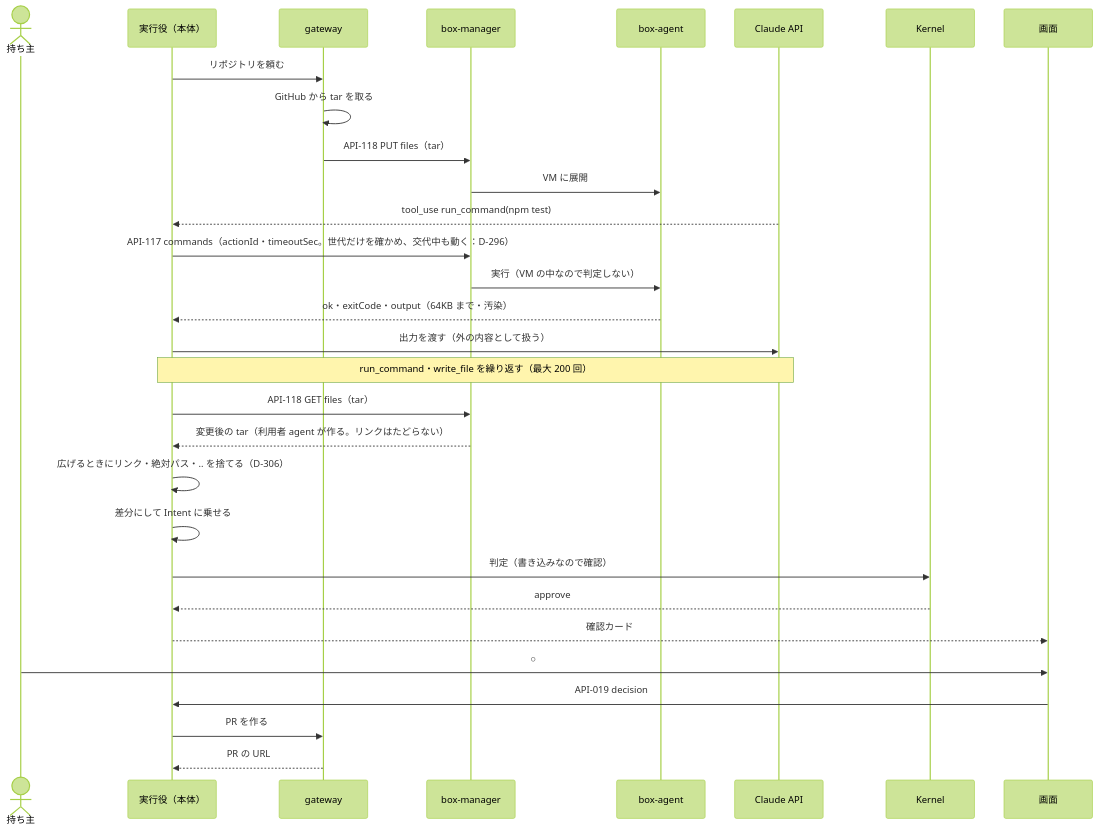
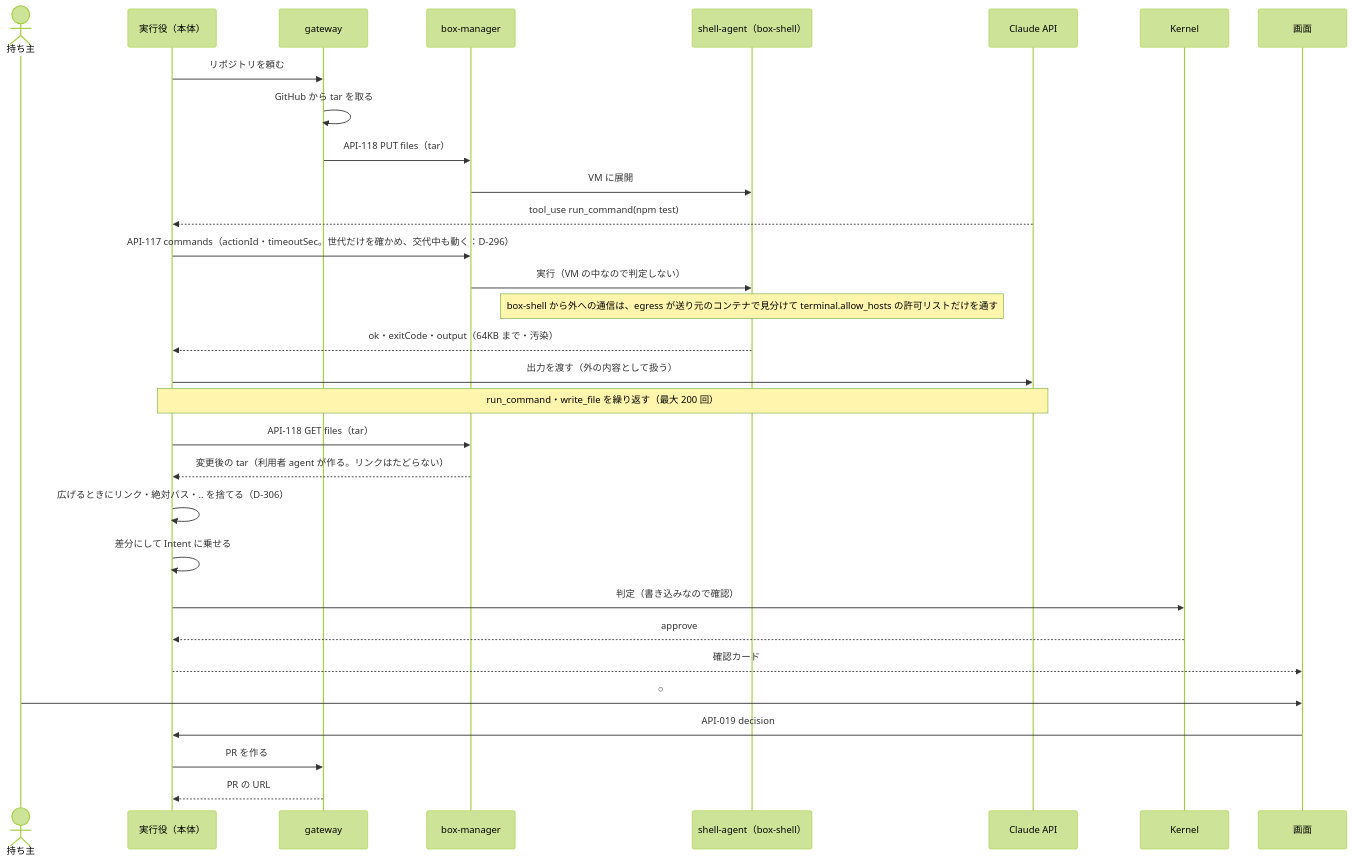
Diagram 11 of 13 in docs/design/10_diagrams/sequences.md (itiwoja/agent-team), drawn with Mermaid (forest theme) before and after one commit. The commit also changed other lines of this file and 34 other files, not shown here.

````diff
--- a/docs/design/10_diagrams/sequences.md
+++ b/docs/design/10_diagrams/sequences.md
@@ -279,32 +283,33 @@
 ```mermaid
 sequenceDiagram
  actor O as 持ち主
  participant R as 実行役（本体）
  participant G as gateway
  participant BM as box-manager
- participant B as box-agent
+ participant B as shell-agent（box-shell）
  participant C as Claude API
  participant K as Kernel
  participant W as 画面
  R->>G: リポジトリを頼む
  G->>G: GitHub から tar を取る
  G->>BM: API-118 PUT files（tar）
  BM->>B: VM に展開
  C-->>R: tool_use run_command(npm test)
  R->>BM: API-117 commands（actionId・timeoutSec。世代だけを確かめ、交代中も動く：D-296）
  BM->>B: 実行（VM の中なので判定しない）
+ Note over B: box-shell から外への通信は、egress が送り元のコンテナで見分けて terminal.allow_hosts の許可リストだけを通す
  B-->>R: ok・exitCode・output（64KB まで・汚染）
  R->>C: 出力を渡す（外の内容として扱う）
  Note over C,R: run_command・write_file を繰り返す（最大 200 回）
  R->>BM: API-118 GET files（tar）
  BM-->>R: 変更後の tar（利用者 agent が作る。リンクはたどらない）
  R->>R: 広げるときにリンク・絶対パス・.. を捨てる（D-306）
  R->>R: 差分にして Intent に乗せる
  R->>K: 判定（書き込みなので確認）
  K-->>R: approve
  R-->>W: 確認カード
  O->>W: ○
  W->>R: API-019 decision
  R->>G: PR を作る
  G-->>R: PR の URL
 ```
````
